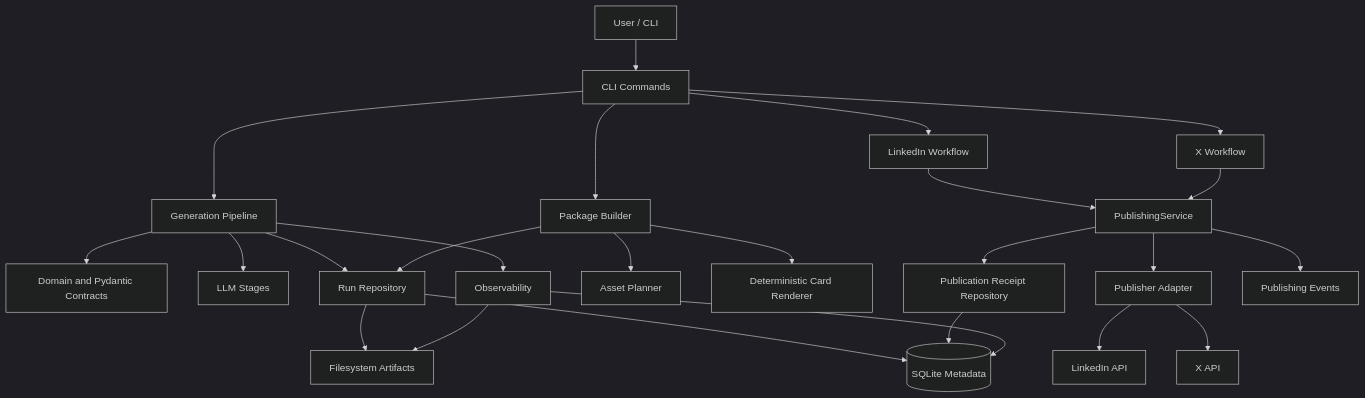
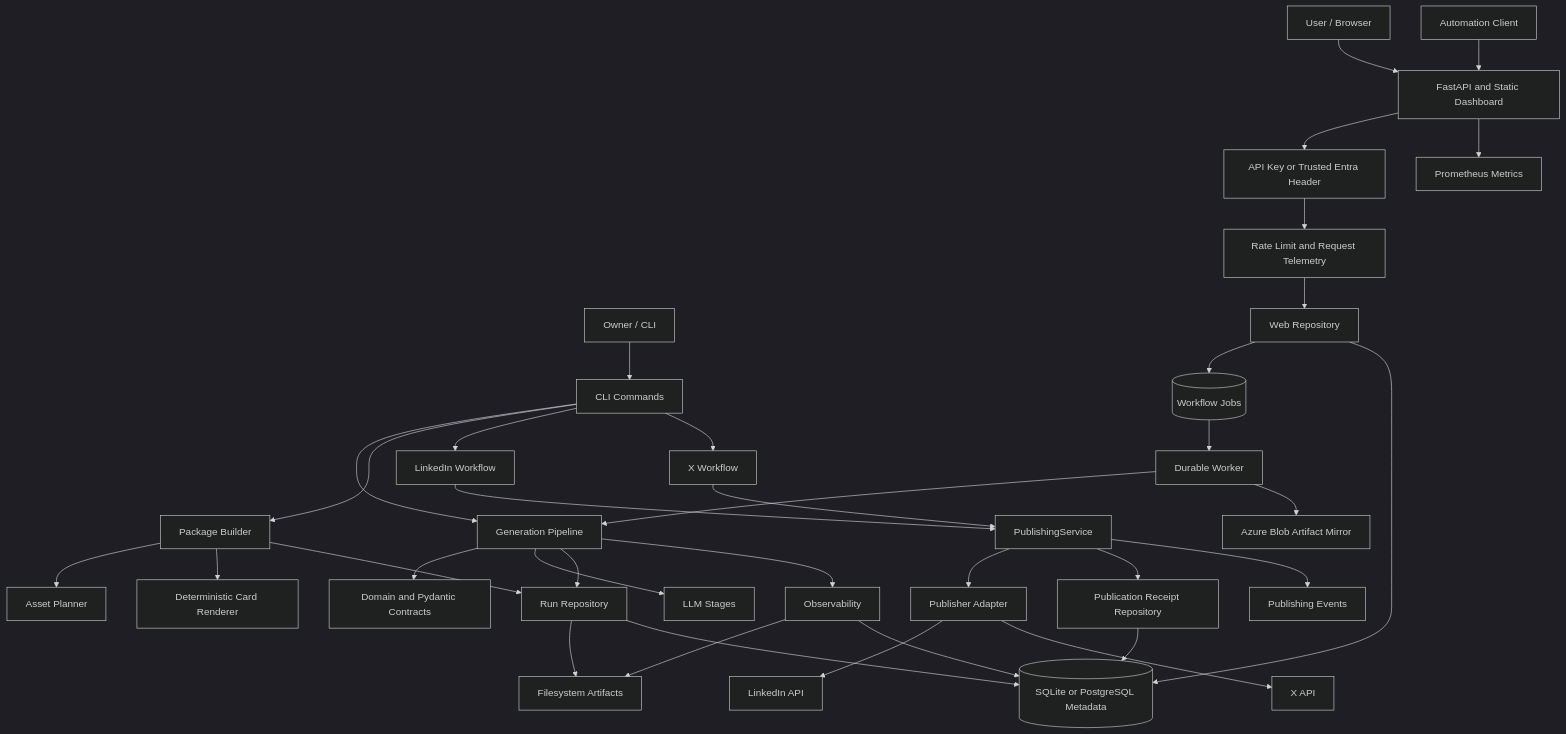
The first of 3 diagrams in docs/BUILDLOG_OWNERSHIP_HANDBOOK.md (langju123456/BuildLog), drawn with Mermaid (dark theme) before and after one commit. The commit also changed other lines of this file and 48 other files, not shown here.

````diff
--- a/docs/BUILDLOG_OWNERSHIP_HANDBOOK.md
+++ b/docs/BUILDLOG_OWNERSHIP_HANDBOOK.md
@@ -159,33 +168,45 @@
 ```mermaid
 flowchart TD
-    U[User / CLI] --> C[CLI Commands]
+    U[User / Browser] --> W[FastAPI and Static Dashboard]
+    A[Automation Client] --> W
+    CO[Owner / CLI] --> C[CLI Commands]
+
+    W --> AU[API Key or Trusted Entra Header]
+    AU --> RL[Rate Limit and Request Telemetry]
+    RL --> WR[Web Repository]
+    WR --> J[(Workflow Jobs)]
+    J --> WK[Durable Worker]
+    WK --> G[Generation Pipeline]
 
     C --> G[Generation Pipeline]
     C --> K[Package Builder]
     C --> L[LinkedIn Workflow]
     C --> X[X Workflow]
 
     G --> D[Domain and Pydantic Contracts]
     G --> M[LLM Stages]
     G --> R[Run Repository]
-    G --> O[Observability]
+    G --> OBS[Observability]
 
     K --> AP[Asset Planner]
     K --> CR[Deterministic Card Renderer]
     K --> R
 
     L --> PS[PublishingService]
     X --> PS
     PS --> PA[Publisher Adapter]
     PS --> PR[Publication Receipt Repository]
     PS --> PO[Publishing Events]
 
     PA --> LI[LinkedIn API]
     PA --> XI[X API]
 
     R --> FS[Filesystem Artifacts]
-    R --> DB[(SQLite Metadata)]
+    R --> DB[(SQLite or PostgreSQL Metadata)]
     PR --> DB
-    O --> FS
-    O --> DB
+    OBS --> FS
+    OBS --> DB
+    WR --> DB
+    WK --> BS[Azure Blob Artifact Mirror]
+    W --> PM[Prometheus Metrics]
 ```
````
